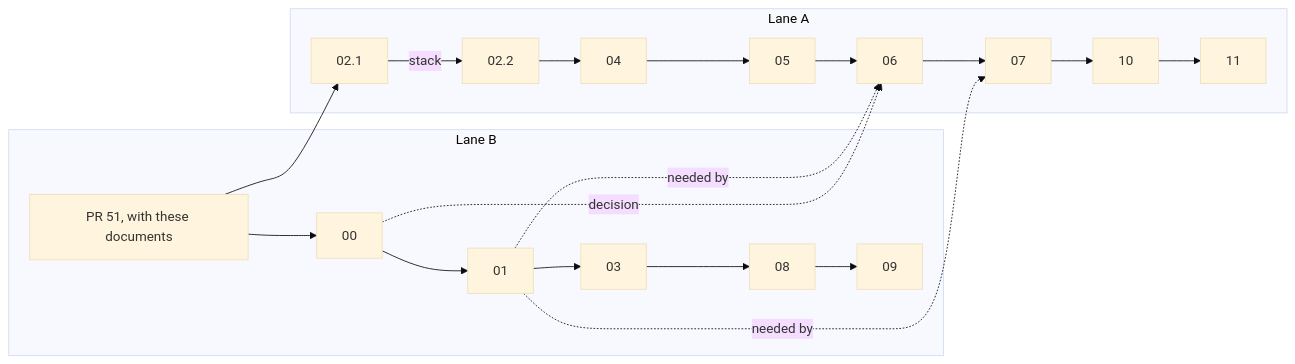
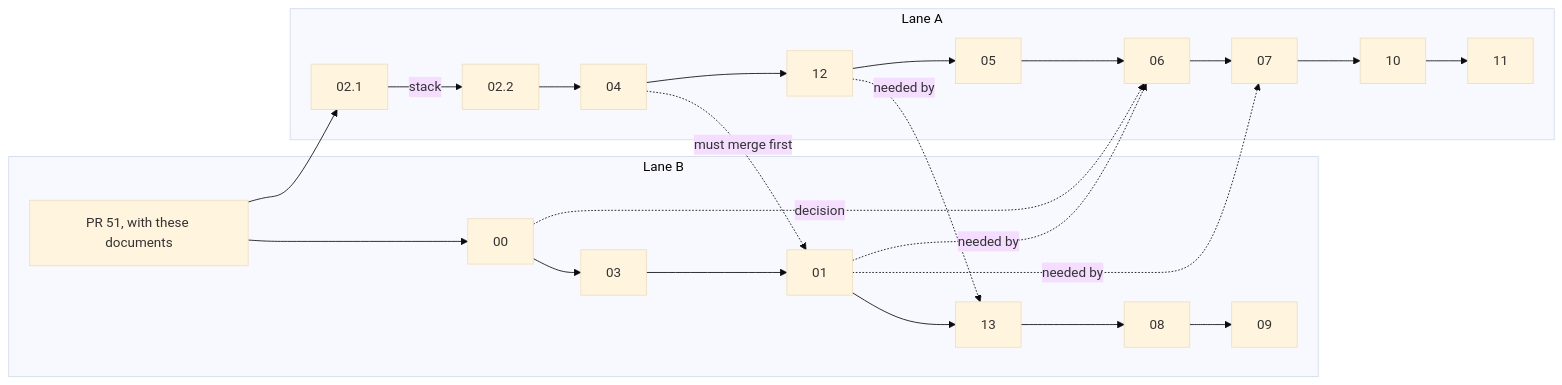
One commit to zazzcode/zazzles changed the diagram in .zazz/specifications/detection-generalization/delivery-plan.md. Above: the diagram before and after it, drawn with Mermaid (base theme). The commit also changed other lines of this file and 19 other files, not shown here.

````diff
--- a/.zazz/specifications/detection-generalization/delivery-plan.md
+++ b/.zazz/specifications/detection-generalization/delivery-plan.md
@@ -43,13 +46,15 @@
 ```mermaid
 flowchart LR
   P51["PR 51, with these documents"]
   subgraph B["Lane B"]
-    P51 --> S00["00"] --> S01["01"] --> S03["03"] --> S08["08"] --> S09["09"]
+    P51 --> S00["00"] --> S03["03"] --> S01["01"] --> S13["13"] --> S08["08"] --> S09["09"]
   end
   subgraph A["Lane A"]
-    P51 --> S021["02.1"] -- stack --> S022["02.2"] --> S04["04"] --> S05["05"] --> S06["06"] --> S07["07"] --> S10["10"] --> S11["11"]
+    P51 --> S021["02.1"] -- stack --> S022["02.2"] --> S04["04"] --> S12["12"] --> S05["05"] --> S06["06"] --> S07["07"] --> S10["10"] --> S11["11"]
   end
+  S04 -. must merge first .-> S01
+  S12 -. needed by .-> S13
   S01 -. needed by .-> S06
   S01 -. needed by .-> S07
   S00 -. decision .-> S06
 ```
````
